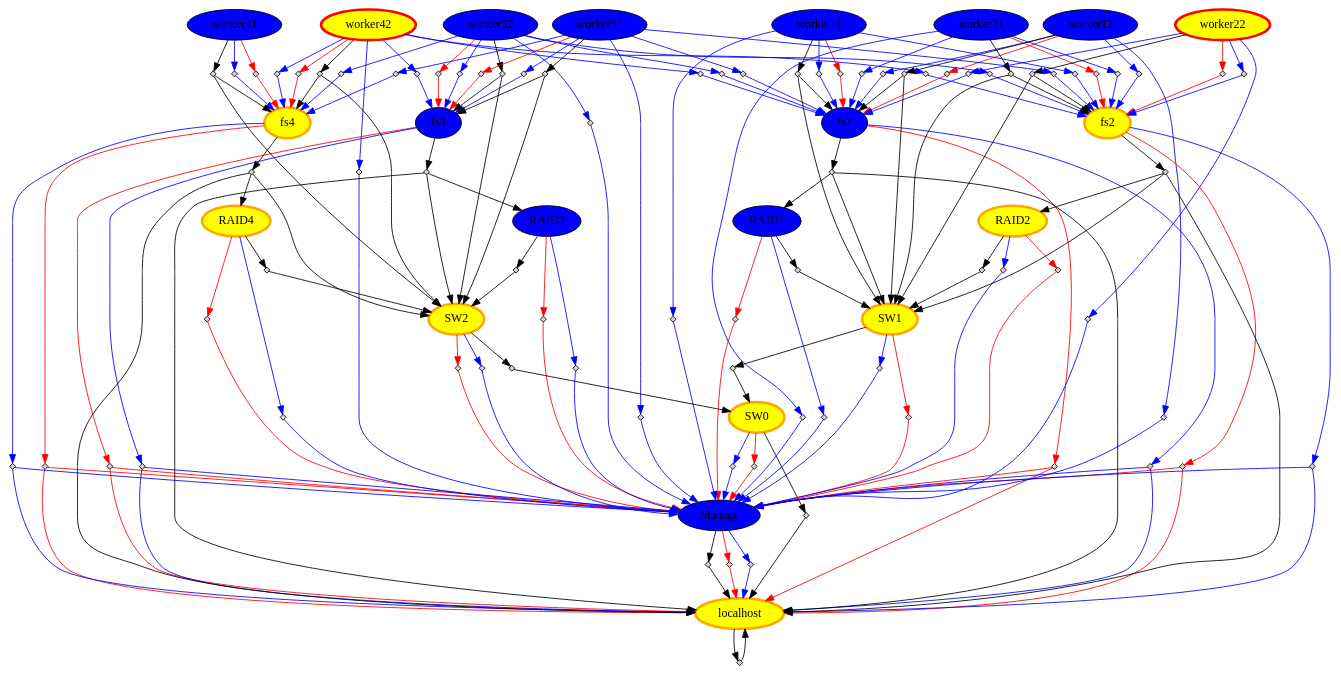
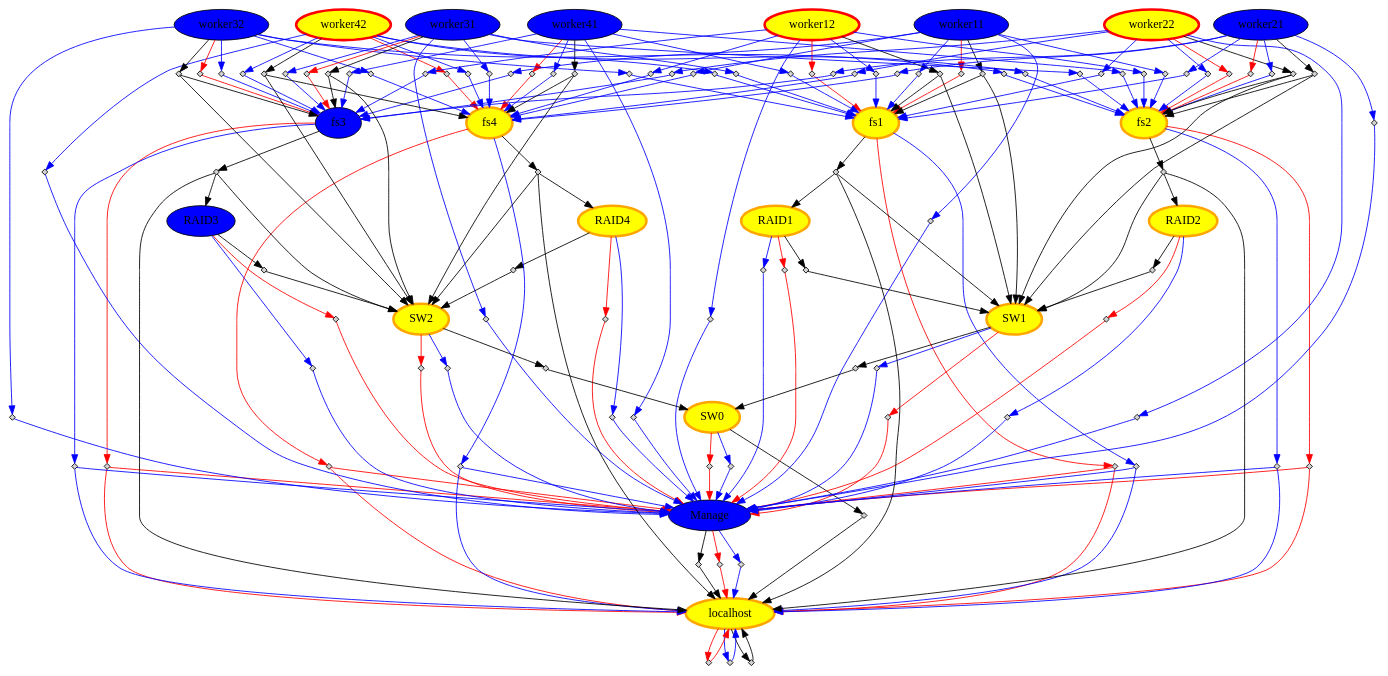
The diagram in server/CN.dot (amgaa/ClusterNap), drawn with Graphviz before and after one commit. The commit also changed 17 other files, not shown here.

```diff
--- a/server/CN.dot
+++ b/server/CN.dot
@@ -1,50 +1,47 @@
 digraph CN { 
+"worker11" [style="filled"	 color=black, fillcolor= blue] ;
+"fs1" [style="filled"	 color=orange, penwidth=3, fillcolor= yellow] ;
 "worker42" [style="filled"	 color=red, penwidth=3, fillcolor= yellow] ;
 "worker41" [style="filled"	 color=black, fillcolor= blue] ;
-"worker12" [style="filled"	 color=black, fillcolor= blue] ;
-"worker11" [style="filled"	 color=black, fillcolor= blue] ;
-"SW0" [style="filled"	 color=orange, penwidth=3, fillcolor= yellow] ;
-"fs1" [style="filled"	 color=black, fillcolor= blue] ;
 "Manage" [style="filled"	 color=black, fillcolor= blue] ;
-"worker21" [style="filled"	 color=black, fillcolor= blue] ;
+"worker12" [style="filled"	 color=red, penwidth=3, fillcolor= yellow] ;
+"worker32" [style="filled"	 color=black, fillcolor= blue] ;
 "RAID4" [style="filled"	 color=orange, penwidth=3, fillcolor= yellow] ;
 "fs2" [style="filled"	 color=orange, penwidth=3, fillcolor= yellow] ;
 "fs3" [style="filled"	 color=black, fillcolor= blue] ;
-"RAID1" [style="filled"	 color=black, fillcolor= blue] ;
+"RAID1" [style="filled"	 color=orange, penwidth=3, fillcolor= yellow] ;
 "worker22" [style="filled"	 color=red, penwidth=3, fillcolor= yellow] ;
 "RAID3" [style="filled"	 color=black, fillcolor= blue] ;
 "RAID2" [style="filled"	 color=orange, penwidth=3, fillcolor= yellow] ;
 "SW1" [style="filled"	 color=orange, penwidth=3, fillcolor= yellow] ;
 "fs4" [style="filled"	 color=orange, penwidth=3, fillcolor= yellow] ;
+"localhost" [style="filled"	 color=orange, penwidth=3, fillcolor= yellow] ;
 "SW2" [style="filled"	 color=orange, penwidth=3, fillcolor= yellow] ;
-"worker32" [style="filled"	 color=black, fillcolor= blue] ;
+"SW0" [style="filled"	 color=orange, penwidth=3, fillcolor= yellow] ;
 "worker31" [style="filled"	 color=black, fillcolor= blue] ;
-"localhost" [style="filled"	 color=orange, penwidth=3, fillcolor= yellow] ;
+"worker21" [style="filled"	 color=black, fillcolor= blue] ;
+"worker11" -> "OR:ON:worker110" [color=red];
+"OR:ON:worker110" [shape=diamond, style=filled, label="", height=.1, width=.1];
+   "OR:ON:worker110" -> "fs1" [color=red];
+"fs1" -> "OR:ON:fs10" [color=red];
+"OR:ON:fs10" [shape=diamond, style=filled, label="", height=.1, width=.1];
+   "OR:ON:fs10" -> "localhost" [color=red];
+"OR:ON:fs10" -> "Manage" [color=red];
 "worker42" -> "OR:ON:worker420" [color=red];
 "OR:ON:worker420" [shape=diamond, style=filled, label="", height=.1, width=.1];
    "OR:ON:worker420" -> "fs4" [color=red];
 "worker41" -> "OR:ON:worker410" [color=red];
 "OR:ON:worker410" [shape=diamond, style=filled, label="", height=.1, width=.1];
    "OR:ON:worker410" -> "fs4" [color=red];
+"Manage" -> "OR:ON:Manage0" [color=red];
+"OR:ON:Manage0" [shape=diamond, style=filled, label="", height=.1, width=.1];
+   "OR:ON:Manage0" -> "localhost" [color=red];
 "worker12" -> "OR:ON:worker120" [color=red];
 "OR:ON:worker120" [shape=diamond, style=filled, label="", height=.1, width=.1];
    "OR:ON:worker120" -> "fs1" [color=red];
-"worker11" -> "OR:ON:worker110" [color=red];
-"OR:ON:worker110" [shape=diamond, style=filled, label="", height=.1, width=.1];
-   "OR:ON:worker110" -> "fs1" [color=red];
-"SW0" -> "OR:ON:SW00" [color=red];
-"OR:ON:SW00" [shape=diamond, style=filled, label="", height=.1, width=.1];
-   "OR:ON:SW00" -> "Manage" [color=red];
-"fs1" -> "OR:ON:fs10" [color=red];
-"OR:ON:fs10" [shape=diamond, style=filled, label="", height=.1, width=.1];
-   "OR:ON:fs10" -> "localhost" [color=red];
-"OR:ON:fs10" -> "Manage" [color=red];
-"Manage" -> "OR:ON:Manage0" [color=red];
-"OR:ON:Manage0" [shape=diamond, style=filled, label="", height=.1, width=.1];
-   "OR:ON:Manage0" -> "localhost" [color=red];
-"worker21" -> "OR:ON:worker210" [color=red];
-"OR:ON:worker210" [shape=diamond, style=filled, label="", height=.1, width=.1];
-   "OR:ON:worker210" -> "fs2" [color=red];
+"worker32" -> "OR:ON:worker320" [color=red];
+"OR:ON:worker320" [shape=diamond, style=filled, label="", height=.1, width=.1];
+   "OR:ON:worker320" -> "fs3" [color=red];
 "RAID4" -> "OR:ON:RAID40" [color=red];
 "OR:ON:RAID40" [shape=diamond, style=filled, label="", height=.1, width=.1];
    "OR:ON:RAID40" -> "Manage" [color=red];
@@ -75,15 +72,40 @@
 "OR:ON:fs40" [shape=diamond, style=filled, label="", height=.1, width=.1];
    "OR:ON:fs40" -> "localhost" [color=red];
 "OR:ON:fs40" -> "Manage" [color=red];
+"localhost" -> "OR:ON:localhost0" [color=red];
+"OR:ON:localhost0" [shape=diamond, style=filled, label="", height=.1, width=.1];
+   "OR:ON:localhost0" -> "localhost" [color=red];
 "SW2" -> "OR:ON:SW20" [color=red];
 "OR:ON:SW20" [shape=diamond, style=filled, label="", height=.1, width=.1];
    "OR:ON:SW20" -> "Manage" [color=red];
-"worker32" -> "OR:ON:worker320" [color=red];
-"OR:ON:worker320" [shape=diamond, style=filled, label="", height=.1, width=.1];
-   "OR:ON:worker320" -> "fs3" [color=red];
+"SW0" -> "OR:ON:SW00" [color=red];
+"OR:ON:SW00" [shape=diamond, style=filled, label="", height=.1, width=.1];
+   "OR:ON:SW00" -> "Manage" [color=red];
 "worker31" -> "OR:ON:worker310" [color=red];
 "OR:ON:worker310" [shape=diamond, style=filled, label="", height=.1, width=.1];
    "OR:ON:worker310" -> "fs3" [color=red];
+"worker21" -> "OR:ON:worker210" [color=red];
+"OR:ON:worker210" [shape=diamond, style=filled, label="", height=.1, width=.1];
+   "OR:ON:worker210" -> "fs2" [color=red];
+"worker11" -> "OR:OFF:worker110" [color=blue];
+"OR:OFF:worker110" [shape=diamond, style=filled, label="", height=.1, width=.1];
+   "OR:OFF:worker110" -> "fs1" [color=blue] ;
+"worker11" -> "OR:OFF:worker111" [color=blue];
+"OR:OFF:worker111" [shape=diamond, style=filled, label="", height=.1, width=.1];
+   "OR:OFF:worker111" -> "fs2" [color=blue] ;
+"worker11" -> "OR:OFF:worker112" [color=blue];
+"OR:OFF:worker112" [shape=diamond, style=filled, label="", height=.1, width=.1];
+   "OR:OFF:worker112" -> "fs3" [color=blue] ;
+"worker11" -> "OR:OFF:worker113" [color=blue];
+"OR:OFF:worker113" [shape=diamond, style=filled, label="", height=.1, width=.1];
+   "OR:OFF:worker113" -> "fs4" [color=blue] ;
+"worker11" -> "OR:OFF:worker114" [color=blue];
+"OR:OFF:worker114" [shape=diamond, style=filled, label="", height=.1, width=.1];
+   "OR:OFF:worker114" -> "Manage" [color=blue] ;
+"fs1" -> "OR:OFF:fs10" [color=blue];
+"OR:OFF:fs10" [shape=diamond, style=filled, label="", height=.1, width=.1];
+   "OR:OFF:fs10" -> "localhost" [color=blue] ;
+"OR:OFF:fs10" -> "Manage" [color=blue] ;
 "worker42" -> "OR:OFF:worker420" [color=blue];
 "OR:OFF:worker420" [shape=diamond, style=filled, label="", height=.1, width=.1];
    "OR:OFF:worker420" -> "fs1" [color=blue] ;
@@ -101,7 +123,22 @@
    "OR:OFF:worker424" -> "Manage" [color=blue] ;
 "worker41" -> "OR:OFF:worker410" [color=blue];
 "OR:OFF:worker410" [shape=diamond, style=filled, label="", height=.1, width=.1];
-   "OR:OFF:worker410" -> "fs4" [color=blue] ;
+   "OR:OFF:worker410" -> "fs1" [color=blue] ;
+"worker41" -> "OR:OFF:worker411" [color=blue];
+"OR:OFF:worker411" [shape=diamond, style=filled, label="", height=.1, width=.1];
+   "OR:OFF:worker411" -> "fs2" [color=blue] ;
+"worker41" -> "OR:OFF:worker412" [color=blue];
+"OR:OFF:worker412" [shape=diamond, style=filled, label="", height=.1, width=.1];
+   "OR:OFF:worker412" -> "fs3" [color=blue] ;
+"worker41" -> "OR:OFF:worker413" [color=blue];
+"OR:OFF:worker413" [shape=diamond, style=filled, label="", height=.1, width=.1];
+   "OR:OFF:worker413" -> "fs4" [color=blue] ;
+"worker41" -> "OR:OFF:worker414" [color=blue];
+"OR:OFF:worker414" [shape=diamond, style=filled, label="", height=.1, width=.1];
+   "OR:OFF:worker414" -> "Manage" [color=blue] ;
+"Manage" -> "OR:OFF:Manage0" [color=blue];
+"OR:OFF:Manage0" [shape=diamond, style=filled, label="", height=.1, width=.1];
+   "OR:OFF:Manage0" -> "localhost" [color=blue] ;
 "worker12" -> "OR:OFF:worker120" [color=blue];
 "OR:OFF:worker120" [shape=diamond, style=filled, label="", height=.1, width=.1];
    "OR:OFF:worker120" -> "fs1" [color=blue] ;
@@ -110,35 +147,28 @@
    "OR:OFF:worker121" -> "fs2" [color=blue] ;
 "worker12" -> "OR:OFF:worker122" [color=blue];
 "OR:OFF:worker122" [shape=diamond, style=filled, label="", height=.1, width=.1];
-   "OR:OFF:worker122" -> "Manage" [color=blue] ;
-"worker11" -> "OR:OFF:worker110" [color=blue];
-"OR:OFF:worker110" [shape=diamond, style=filled, label="", height=.1, width=.1];
-   "OR:OFF:worker110" -> "fs1" [color=blue] ;
-"worker11" -> "OR:OFF:worker111" [color=blue];
-"OR:OFF:worker111" [shape=diamond, style=filled, label="", height=.1, width=.1];
-   "OR:OFF:worker111" -> "fs2" [color=blue] ;
-"worker11" -> "OR:OFF:worker112" [color=blue];
-"OR:OFF:worker112" [shape=diamond, style=filled, label="", height=.1, width=.1];
-   "OR:OFF:worker112" -> "Manage" [color=blue] ;
-"SW0" -> "OR:OFF:SW00" [color=blue];
-"OR:OFF:SW00" [shape=diamond, style=filled, label="", height=.1, width=.1];
-   "OR:OFF:SW00" -> "Manage" [color=blue] ;
-"fs1" -> "OR:OFF:fs10" [color=blue];
-"OR:OFF:fs10" [shape=diamond, style=filled, label="", height=.1, width=.1];
-   "OR:OFF:fs10" -> "localhost" [color=blue] ;
-"OR:OFF:fs10" -> "Manage" [color=blue] ;
-"Manage" -> "OR:OFF:Manage0" [color=blue];
-"OR:OFF:Manage0" [shape=diamond, style=filled, label="", height=.1, width=.1];
-   "OR:OFF:Manage0" -> "localhost" [color=blue] ;
-"worker21" -> "OR:OFF:worker210" [color=blue];
-"OR:OFF:worker210" [shape=diamond, style=filled, label="", height=.1, width=.1];
-   "OR:OFF:worker210" -> "fs1" [color=blue] ;
-"worker21" -> "OR:OFF:worker211" [color=blue];
-"OR:OFF:worker211" [shape=diamond, style=filled, label="", height=.1, width=.1];
-   "OR:OFF:worker211" -> "fs2" [color=blue] ;
-"worker21" -> "OR:OFF:worker212" [color=blue];
-"OR:OFF:worker212" [shape=diamond, style=filled, label="", height=.1, width=.1];
-   "OR:OFF:worker212" -> "Manage" [color=blue] ;
+   "OR:OFF:worker122" -> "fs3" [color=blue] ;
+"worker12" -> "OR:OFF:worker123" [color=blue];
+"OR:OFF:worker123" [shape=diamond, style=filled, label="", height=.1, width=.1];
+   "OR:OFF:worker123" -> "fs4" [color=blue] ;
+"worker12" -> "OR:OFF:worker124" [color=blue];
+"OR:OFF:worker124" [shape=diamond, style=filled, label="", height=.1, width=.1];
+   "OR:OFF:worker124" -> "Manage" [color=blue] ;
+"worker32" -> "OR:OFF:worker320" [color=blue];
+"OR:OFF:worker320" [shape=diamond, style=filled, label="", height=.1, width=.1];
+   "OR:OFF:worker320" -> "fs1" [color=blue] ;
+"worker32" -> "OR:OFF:worker321" [color=blue];
+"OR:OFF:worker321" [shape=diamond, style=filled, label="", height=.1, width=.1];
+   "OR:OFF:worker321" -> "fs2" [color=blue] ;
+"worker32" -> "OR:OFF:worker322" [color=blue];
+"OR:OFF:worker322" [shape=diamond, style=filled, label="", height=.1, width=.1];
+   "OR:OFF:worker322" -> "fs3" [color=blue] ;
+"worker32" -> "OR:OFF:worker323" [color=blue];
+"OR:OFF:worker323" [shape=diamond, style=filled, label="", height=.1, width=.1];
+   "OR:OFF:worker323" -> "fs4" [color=blue] ;
+"worker32" -> "OR:OFF:worker324" [color=blue];
+"OR:OFF:worker324" [shape=diamond, style=filled, label="", height=.1, width=.1];
+   "OR:OFF:worker324" -> "Manage" [color=blue] ;
 "RAID4" -> "OR:OFF:RAID40" [color=blue];
 "OR:OFF:RAID40" [shape=diamond, style=filled, label="", height=.1, width=.1];
    "OR:OFF:RAID40" -> "Manage" [color=blue] ;
@@ -161,7 +191,13 @@
    "OR:OFF:worker221" -> "fs2" [color=blue] ;
 "worker22" -> "OR:OFF:worker222" [color=blue];
 "OR:OFF:worker222" [shape=diamond, style=filled, label="", height=.1, width=.1];
-   "OR:OFF:worker222" -> "Manage" [color=blue] ;
+   "OR:OFF:worker222" -> "fs3" [color=blue] ;
+"worker22" -> "OR:OFF:worker223" [color=blue];
+"OR:OFF:worker223" [shape=diamond, style=filled, label="", height=.1, width=.1];
+   "OR:OFF:worker223" -> "fs4" [color=blue] ;
+"worker22" -> "OR:OFF:worker224" [color=blue];
+"OR:OFF:worker224" [shape=diamond, style=filled, label="", height=.1, width=.1];
+   "OR:OFF:worker224" -> "Manage" [color=blue] ;
 "RAID3" -> "OR:OFF:RAID30" [color=blue];
 "OR:OFF:RAID30" [shape=diamond, style=filled, label="", height=.1, width=.1];
    "OR:OFF:RAID30" -> "Manage" [color=blue] ;
@@ -175,24 +211,15 @@
 "OR:OFF:fs40" [shape=diamond, style=filled, label="", height=.1, width=.1];
    "OR:OFF:fs40" -> "localhost" [color=blue] ;
 "OR:OFF:fs40" -> "Manage" [color=blue] ;
+"localhost" -> "OR:OFF:localhost0" [color=blue];
+"OR:OFF:localhost0" [shape=diamond, style=filled, label="", height=.1, width=.1];
+   "OR:OFF:localhost0" -> "localhost" [color=blue] ;
 "SW2" -> "OR:OFF:SW20" [color=blue];
 "OR:OFF:SW20" [shape=diamond, style=filled, label="", height=.1, width=.1];
    "OR:OFF:SW20" -> "Manage" [color=blue] ;
-"worker32" -> "OR:OFF:worker320" [color=blue];
-"OR:OFF:worker320" [shape=diamond, style=filled, label="", height=.1, width=.1];
-   "OR:OFF:worker320" -> "fs1" [color=blue] ;
-"worker32" -> "OR:OFF:worker321" [color=blue];
-"OR:OFF:worker321" [shape=diamond, style=filled, label="", height=.1, width=.1];
-   "OR:OFF:worker321" -> "fs2" [color=blue] ;
-"worker32" -> "OR:OFF:worker322" [color=blue];
-"OR:OFF:worker322" [shape=diamond, style=filled, label="", height=.1, width=.1];
-   "OR:OFF:worker322" -> "fs3" [color=blue] ;
-"worker32" -> "OR:OFF:worker323" [color=blue];
-"OR:OFF:worker323" [shape=diamond, style=filled, label="", height=.1, width=.1];
-   "OR:OFF:worker323" -> "fs4" [color=blue] ;
-"worker32" -> "OR:OFF:worker324" [color=blue];
-"OR:OFF:worker324" [shape=diamond, style=filled, label="", height=.1, width=.1];
-   "OR:OFF:worker324" -> "Manage" [color=blue] ;
+"SW0" -> "OR:OFF:SW00" [color=blue];
+"OR:OFF:SW00" [shape=diamond, style=filled, label="", height=.1, width=.1];
+   "OR:OFF:SW00" -> "Manage" [color=blue] ;
 "worker31" -> "OR:OFF:worker310" [color=blue];
 "OR:OFF:worker310" [shape=diamond, style=filled, label="", height=.1, width=.1];
    "OR:OFF:worker310" -> "fs1" [color=blue] ;
@@ -208,6 +235,30 @@
 "worker31" -> "OR:OFF:worker314" [color=blue];
 "OR:OFF:worker314" [shape=diamond, style=filled, label="", height=.1, width=.1];
    "OR:OFF:worker314" -> "Manage" [color=blue] ;
+"worker21" -> "OR:OFF:worker210" [color=blue];
+"OR:OFF:worker210" [shape=diamond, style=filled, label="", height=.1, width=.1];
+   "OR:OFF:worker210" -> "fs1" [color=blue] ;
+"worker21" -> "OR:OFF:worker211" [color=blue];
+"OR:OFF:worker211" [shape=diamond, style=filled, label="", height=.1, width=.1];
+   "OR:OFF:worker211" -> "fs2" [color=blue] ;
+"worker21" -> "OR:OFF:worker212" [color=blue];
+"OR:OFF:worker212" [shape=diamond, style=filled, label="", height=.1, width=.1];
+   "OR:OFF:worker212" -> "fs3" [color=blue] ;
+"worker21" -> "OR:OFF:worker213" [color=blue];
+"OR:OFF:worker213" [shape=diamond, style=filled, label="", height=.1, width=.1];
+   "OR:OFF:worker213" -> "fs4" [color=blue] ;
+"worker21" -> "OR:OFF:worker214" [color=blue];
+"OR:OFF:worker214" [shape=diamond, style=filled, label="", height=.1, width=.1];
+   "OR:OFF:worker214" -> "Manage" [color=blue] ;
+"worker11" -> "OR:RUN:worker110";
+"OR:RUN:worker110" [shape=diamond, style=filled, label="", height=.1, width=.1];
+   "OR:RUN:worker110" -> "fs1";
+"OR:RUN:worker110" -> "SW1";
+"fs1" -> "OR:RUN:fs10";
+"OR:RUN:fs10" [shape=diamond, style=filled, label="", height=.1, width=.1];
+   "OR:RUN:fs10" -> "localhost";
+"OR:RUN:fs10" -> "RAID1";
+"OR:RUN:fs10" -> "SW1";
 "worker42" -> "OR:RUN:worker420";
 "OR:RUN:worker420" [shape=diamond, style=filled, label="", height=.1, width=.1];
    "OR:RUN:worker420" -> "fs4";
@@ -216,29 +267,17 @@
 "OR:RUN:worker410" [shape=diamond, style=filled, label="", height=.1, width=.1];
    "OR:RUN:worker410" -> "fs4";
 "OR:RUN:worker410" -> "SW2";
+"Manage" -> "OR:RUN:Manage0";
+"OR:RUN:Manage0" [shape=diamond, style=filled, label="", height=.1, width=.1];
+   "OR:RUN:Manage0" -> "localhost";
 "worker12" -> "OR:RUN:worker120";
 "OR:RUN:worker120" [shape=diamond, style=filled, label="", height=.1, width=.1];
    "OR:RUN:worker120" -> "fs1";
 "OR:RUN:worker120" -> "SW1";
-"worker11" -> "OR:RUN:worker110";
-"OR:RUN:worker110" [shape=diamond, style=filled, label="", height=.1, width=.1];
-   "OR:RUN:worker110" -> "fs1";
-"OR:RUN:worker110" -> "SW1";
-"SW0" -> "OR:RUN:SW00";
-"OR:RUN:SW00" [shape=diamond, style=filled, label="", height=.1, width=.1];
-   "OR:RUN:SW00" -> "localhost";
-"fs1" -> "OR:RUN:fs10";
-"OR:RUN:fs10" [shape=diamond, style=filled, label="", height=.1, width=.1];
-   "OR:RUN:fs10" -> "localhost";
-"OR:RUN:fs10" -> "RAID1";
-"OR:RUN:fs10" -> "SW1";
-"Manage" -> "OR:RUN:Manage0";
-"OR:RUN:Manage0" [shape=diamond, style=filled, label="", height=.1, width=.1];
-   "OR:RUN:Manage0" -> "localhost";
-"worker21" -> "OR:RUN:worker210";
-"OR:RUN:worker210" [shape=diamond, style=filled, label="", height=.1, width=.1];
-   "OR:RUN:worker210" -> "fs2";
-"OR:RUN:worker210" -> "SW1";
+"worker32" -> "OR:RUN:worker320";
+"OR:RUN:worker320" [shape=diamond, style=filled, label="", height=.1, width=.1];
+   "OR:RUN:worker320" -> "fs3";
+"OR:RUN:worker320" -> "SW2";
 "RAID4" -> "OR:RUN:RAID40";
 "OR:RUN:RAID40" [shape=diamond, style=filled, label="", height=.1, width=.1];
    "OR:RUN:RAID40" -> "SW2";
@@ -273,18 +312,21 @@
    "OR:RUN:fs40" -> "localhost";
 "OR:RUN:fs40" -> "RAID4";
 "OR:RUN:fs40" -> "SW2";
+"localhost" -> "OR:RUN:localhost0";
+"OR:RUN:localhost0" [shape=diamond, style=filled, label="", height=.1, width=.1];
+   "OR:RUN:localhost0" -> "localhost";
 "SW2" -> "OR:RUN:SW20";
 "OR:RUN:SW20" [shape=diamond, style=filled, label="", height=.1, width=.1];
    "OR:RUN:SW20" -> "SW0";
-"worker32" -> "OR:RUN:worker320";
-"OR:RUN:worker320" [shape=diamond, style=filled, label="", height=.1, width=.1];
-   "OR:RUN:worker320" -> "fs3";
-"OR:RUN:worker320" -> "SW2";
+"SW0" -> "OR:RUN:SW00";
+"OR:RUN:SW00" [shape=diamond, style=filled, label="", height=.1, width=.1];
+   "OR:RUN:SW00" -> "localhost";
 "worker31" -> "OR:RUN:worker310";
 "OR:RUN:worker310" [shape=diamond, style=filled, label="", height=.1, width=.1];
    "OR:RUN:worker310" -> "fs3";
 "OR:RUN:worker310" -> "SW2";
-"localhost" -> "OR:RUN:localhost0";
-"OR:RUN:localhost0" [shape=diamond, style=filled, label="", height=.1, width=.1];
-   "OR:RUN:localhost0" -> "localhost";
+"worker21" -> "OR:RUN:worker210";
+"OR:RUN:worker210" [shape=diamond, style=filled, label="", height=.1, width=.1];
+   "OR:RUN:worker210" -> "fs2";
+"OR:RUN:worker210" -> "SW1";
 }
```
